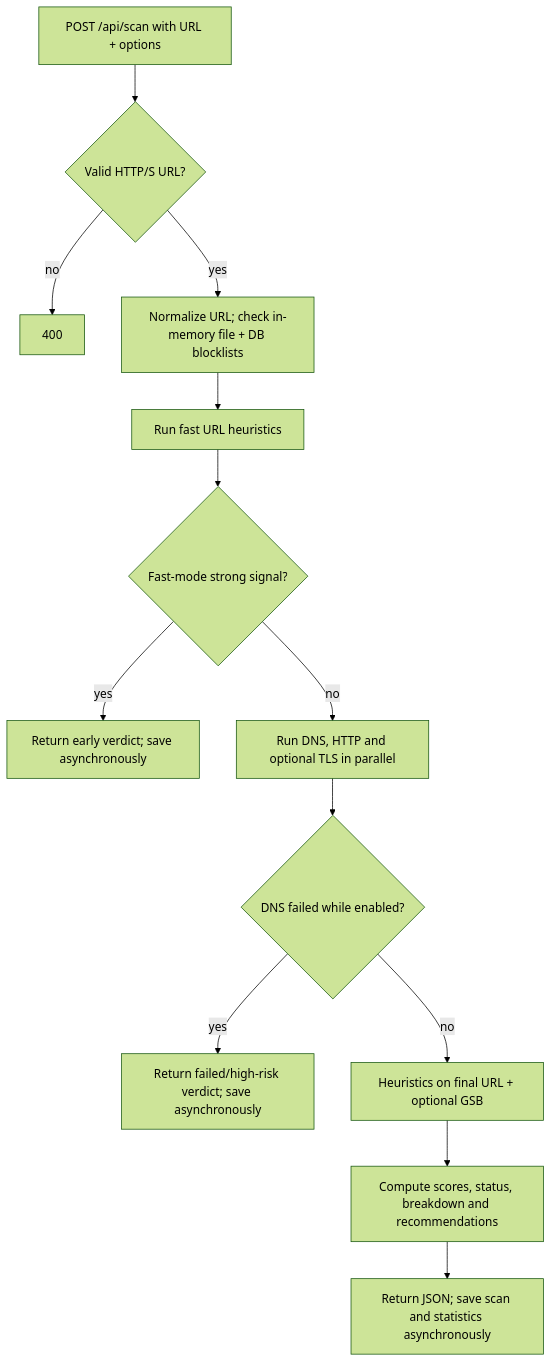
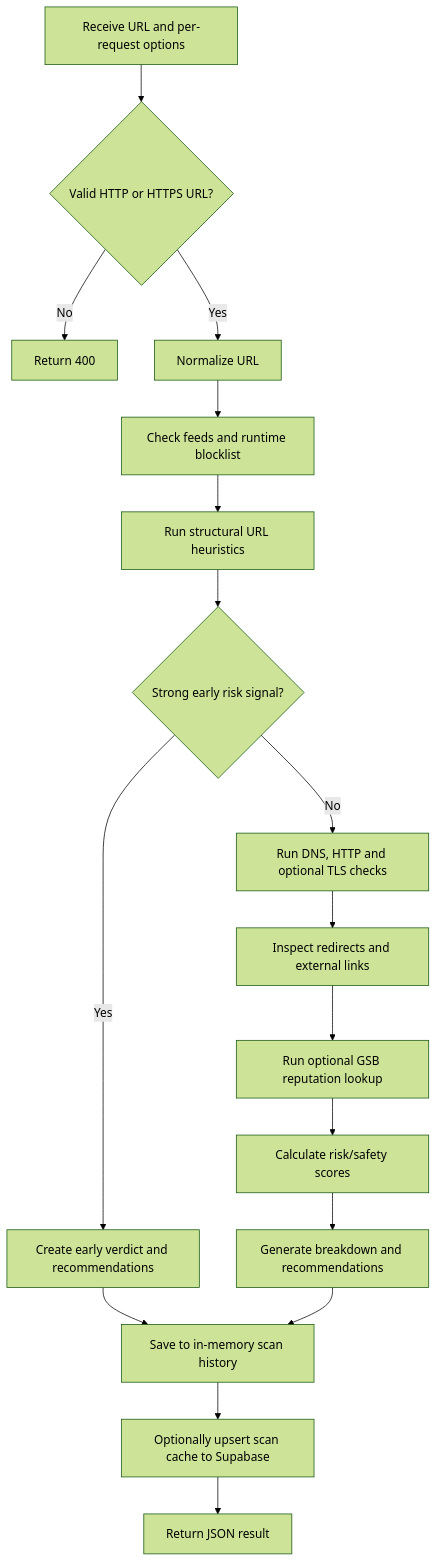
The third of 4 diagrams in GRAPHIFY.md (Jester-Penlza/Urly-Warning), drawn with Mermaid (forest theme) before and after one commit. The commit also changed other lines of this file and 8 other files, not shown here.

````diff
--- a/GRAPHIFY.md
+++ b/GRAPHIFY.md
@@ -64,15 +194,19 @@
 ```mermaid
 flowchart TD
-    A[POST /api/scan with URL + options] --> B{Valid HTTP/S URL?}
-    B -- no --> X[400]
-    B -- yes --> C[Normalize URL; check in-memory file + DB blocklists]
-    C --> D[Run fast URL heuristics]
-    D --> E{Fast-mode strong signal?}
-    E -- yes --> F[Return early verdict; save asynchronously]
-    E -- no --> G[Run DNS, HTTP and optional TLS in parallel]
-    G --> H{DNS failed while enabled?}
-    H -- yes --> I[Return failed/high-risk verdict; save asynchronously]
-    H -- no --> J[Heuristics on final URL + optional GSB]
-    J --> K[Compute scores, status, breakdown and recommendations]
-    K --> L[Return JSON; save scan and statistics asynchronously]
+    A[Receive URL and per-request options] --> B{Valid HTTP or HTTPS URL?}
+    B -- No --> X[Return 400]
+    B -- Yes --> C[Normalize URL]
+    C --> D[Check feeds and runtime blocklist]
+    D --> E[Run structural URL heuristics]
+    E --> F{Strong early risk signal?}
+    F -- Yes --> G[Create early verdict and recommendations]
+    F -- No --> H[Run DNS, HTTP and optional TLS checks]
+    H --> I[Inspect redirects and external links]
+    I --> J[Run optional GSB reputation lookup]
+    J --> K[Calculate risk/safety scores]
+    K --> L[Generate breakdown and recommendations]
+    G --> M[Save to in-memory scan history]
+    L --> M
+    M --> N[Optionally upsert scan cache to Supabase]
+    N --> O[Return JSON result]
 ```
````
